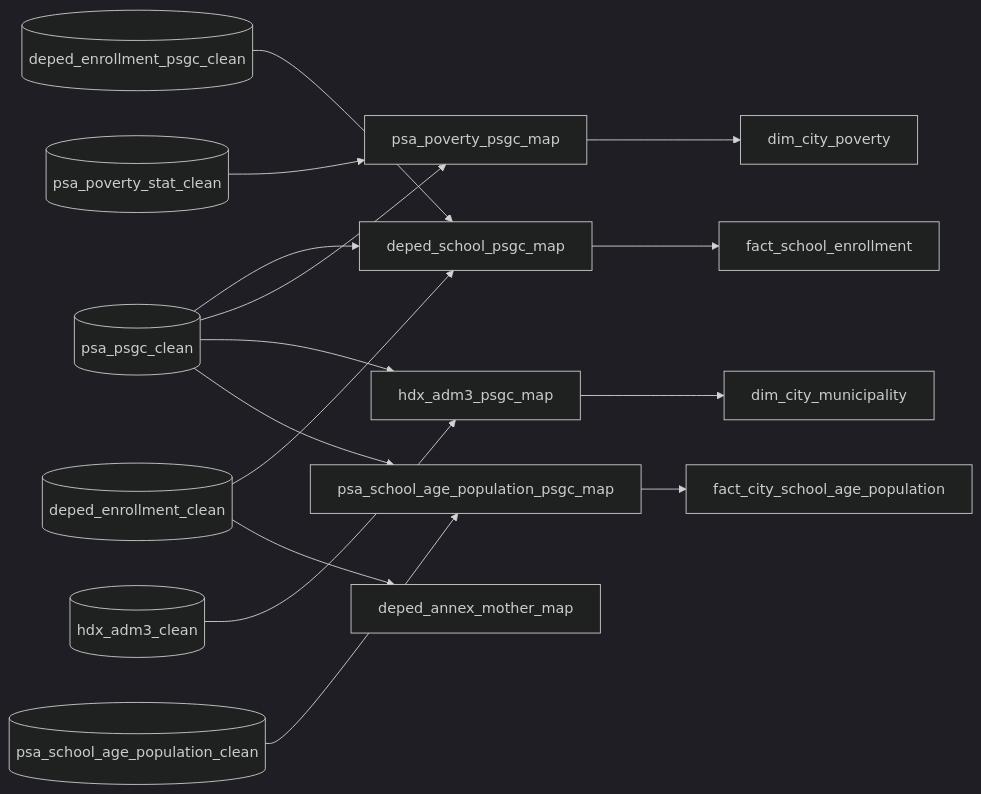
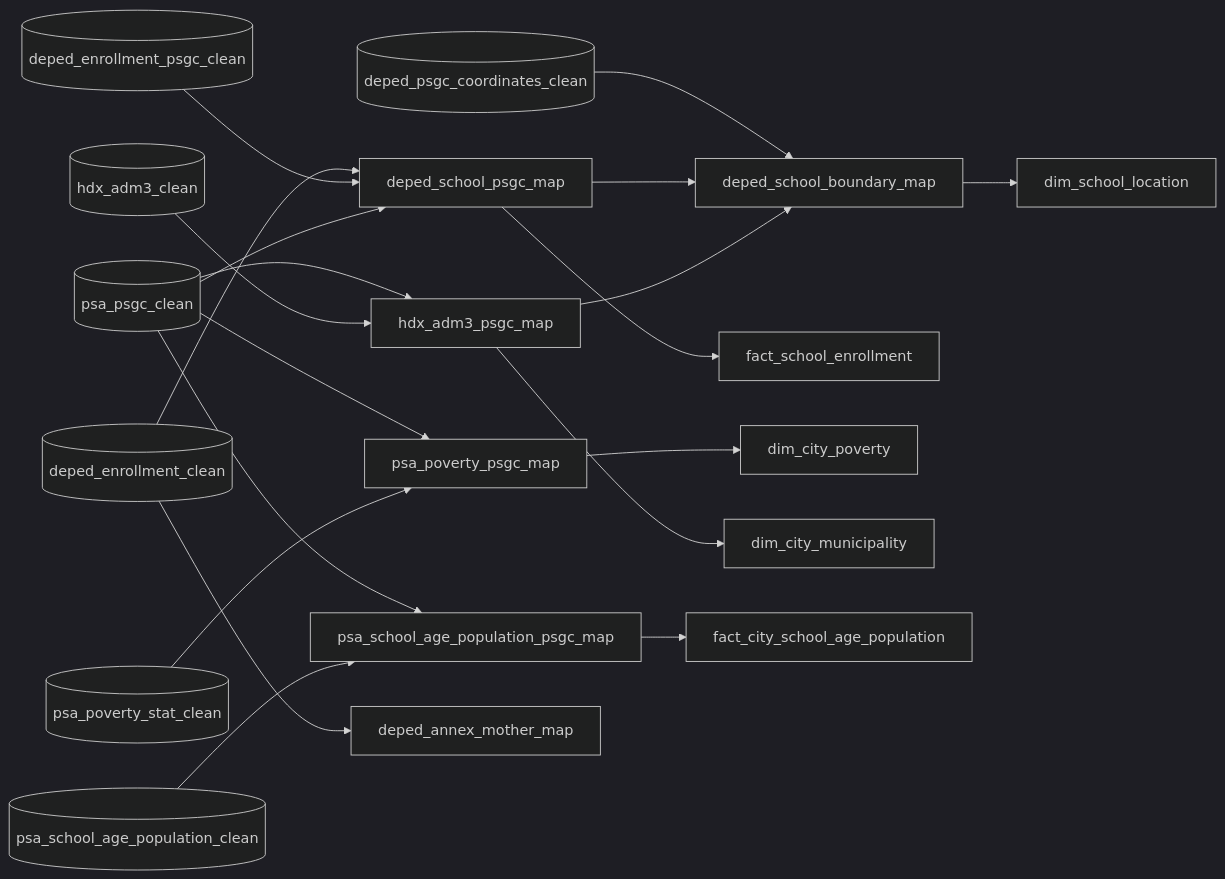
Before and after one commit to hyenalouise/edu-access-sandbox: the diagram in etl/04_integration/README.md, drawn with Mermaid (dark theme). The commit also changed other lines of this file and 24 other files, not shown here.

First line of the commit message:
Add the school boundary map and dim_school_location for the public-school coordinates (#225)

````diff
--- a/etl/04_integration/README.md
+++ b/etl/04_integration/README.md
@@ -5,17 +5,21 @@
 ```mermaid
 flowchart LR
     enroll[(deped_enrollment_clean)] --> school_map[deped_school_psgc_map]
     emisd[(deped_enrollment_psgc_clean)] --> school_map
     psgc[(psa_psgc_clean)] --> school_map
     psgc --> poverty_map[psa_poverty_psgc_map]
     poverty[(psa_poverty_stat_clean)] --> poverty_map
     psgc --> hdx_map[hdx_adm3_psgc_map]
     hdx[(hdx_adm3_clean)] --> hdx_map
     psgc --> age_map[psa_school_age_population_psgc_map]
     age[(psa_school_age_population_clean)] --> age_map
+    coords[(deped_psgc_coordinates_clean)] --> boundary_map[deped_school_boundary_map]
+    school_map --> boundary_map
+    hdx_map --> boundary_map
     enroll --> annex_map[deped_annex_mother_map]
     school_map --> fact_enroll[fact_school_enrollment]
     poverty_map --> dim_poverty[dim_city_poverty]
     hdx_map --> dim_city[dim_city_municipality]
     age_map --> fact_age[fact_city_school_age_population]
+    boundary_map --> dim_loc[dim_school_location]
 ```
````
